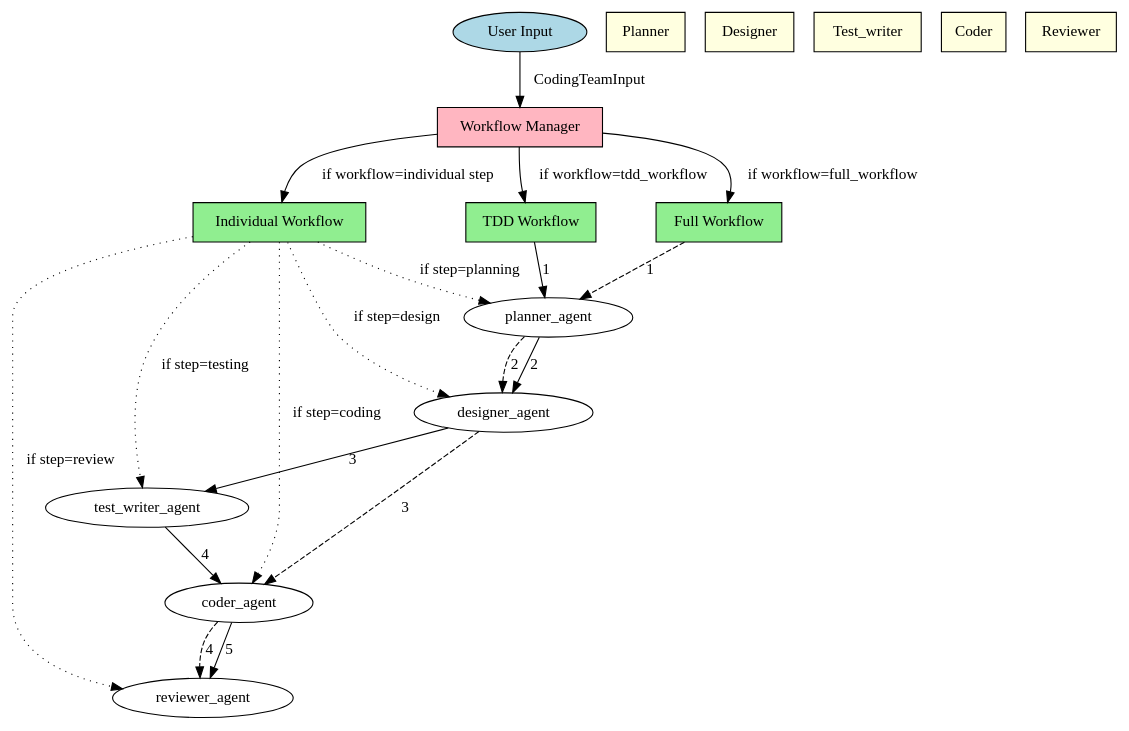
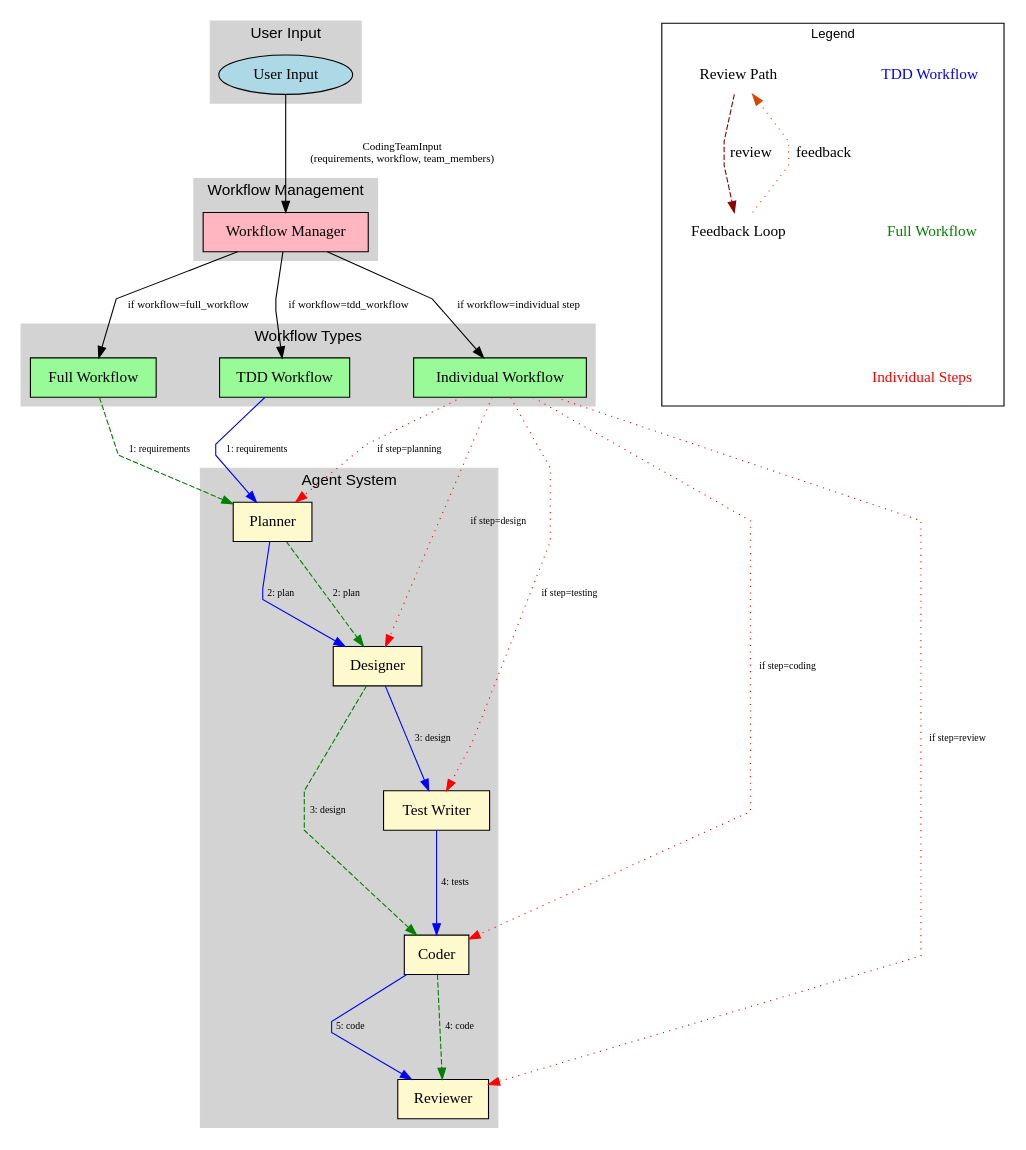
The diagram in docs/workflow_visualizations/workflow_overview.dot (CodeBlackwell/Agent_Blackwell), drawn with Graphviz before and after one commit. The commit also changed 16 other files, not shown here.

```diff
--- a/docs/workflow_visualizations/workflow_overview.dot
+++ b/docs/workflow_visualizations/workflow_overview.dot
@@ -1,31 +1,58 @@
-// Workflow Overview
+// Workflow System Overview
 digraph {
-	input [label="User Input" fillcolor=lightblue shape=ellipse style=filled]
-	workflow_manager [label="Workflow Manager" fillcolor=lightpink shape=box style=filled]
-	tdd [label="TDD Workflow" fillcolor=lightgreen shape=box style=filled]
-	full [label="Full Workflow" fillcolor=lightgreen shape=box style=filled]
-	individual [label="Individual Workflow" fillcolor=lightgreen shape=box style=filled]
-	planner [label=Planner fillcolor=lightyellow shape=box style=filled]
-	designer [label=Designer fillcolor=lightyellow shape=box style=filled]
-	test_writer [label=Test_writer fillcolor=lightyellow shape=box style=filled]
-	coder [label=Coder fillcolor=lightyellow shape=box style=filled]
-	reviewer [label=Reviewer fillcolor=lightyellow shape=box style=filled]
-	input -> workflow_manager [label=CodingTeamInput]
-	workflow_manager -> tdd [label="if workflow=tdd_workflow"]
-	workflow_manager -> full [label="if workflow=full_workflow"]
-	workflow_manager -> individual [label="if workflow=individual step"]
-	tdd -> planner_agent [label=1]
-	planner_agent -> designer_agent [label=2]
-	designer_agent -> test_writer_agent [label=3]
-	test_writer_agent -> coder_agent [label=4]
-	coder_agent -> reviewer_agent [label=5]
-	full -> planner_agent [label=1 style=dashed]
-	planner_agent -> designer_agent [label=2 style=dashed]
-	designer_agent -> coder_agent [label=3 style=dashed]
-	coder_agent -> reviewer_agent [label=4 style=dashed]
-	individual -> planner_agent [label="if step=planning" style=dotted]
-	individual -> designer_agent [label="if step=design" style=dotted]
-	individual -> coder_agent [label="if step=coding" style=dotted]
-	individual -> test_writer_agent [label="if step=testing" style=dotted]
-	individual -> reviewer_agent [label="if step=review" style=dotted]
+	graph [fontname=Arial nodesep=0.8 rankdir=TB ranksep=1.2 splines=polyline]
+	subgraph cluster_input {
+		color=lightgrey label="User Input" style=filled
+		input [label="User Input" fillcolor=lightblue shape=ellipse style=filled]
+	}
+	subgraph cluster_manager {
+		color=lightgrey label="Workflow Management" style=filled
+		workflow_manager [label="Workflow Manager" fillcolor="#FFB6C1" shape=box style=filled]
+	}
+	subgraph cluster_workflows {
+		color=lightgrey label="Workflow Types" style=filled
+		tdd [label="TDD Workflow" fillcolor="#98FB98" shape=box style=filled]
+		full [label="Full Workflow" fillcolor="#98FB98" shape=box style=filled]
+		individual [label="Individual Workflow" fillcolor="#98FB98" shape=box style=filled]
+	}
+	subgraph cluster_agents {
+		color=lightgrey label="Agent System" style=filled
+		planner_agent [label=Planner fillcolor="#FFFACD" shape=box style=filled]
+		designer_agent [label=Designer fillcolor="#FFFACD" shape=box style=filled]
+		test_writer_agent [label="Test Writer" fillcolor="#FFFACD" shape=box style=filled]
+		coder_agent [label=Coder fillcolor="#FFFACD" shape=box style=filled]
+		reviewer_agent [label=Reviewer fillcolor="#FFFACD" shape=box style=filled]
+	}
+	input -> workflow_manager [label="CodingTeamInput
+(requirements, workflow, team_members)" fontsize=10]
+	workflow_manager -> tdd [label="if workflow=tdd_workflow" fontsize=10]
+	workflow_manager -> full [label="if workflow=full_workflow" fontsize=10]
+	workflow_manager -> individual [label="if workflow=individual step" fontsize=10]
+	tdd -> planner_agent [label="1: requirements" color=blue fontsize=9]
+	planner_agent -> designer_agent [label="2: plan" color=blue fontsize=9]
+	designer_agent -> test_writer_agent [label="3: design" color=blue fontsize=9]
+	test_writer_agent -> coder_agent [label="4: tests" color=blue fontsize=9]
+	coder_agent -> reviewer_agent [label="5: code" color=blue fontsize=9]
+	full -> planner_agent [label="1: requirements" color=green fontsize=9 style=dashed]
+	planner_agent -> designer_agent [label="2: plan" color=green fontsize=9 style=dashed]
+	designer_agent -> coder_agent [label="3: design" color=green fontsize=9 style=dashed]
+	coder_agent -> reviewer_agent [label="4: code" color=green fontsize=9 style=dashed]
+	individual -> planner_agent [label="if step=planning" color=red fontsize=9 style=dotted]
+	individual -> designer_agent [label="if step=design" color=red fontsize=9 style=dotted]
+	individual -> test_writer_agent [label="if step=testing" color=red fontsize=9 style=dotted]
+	individual -> coder_agent [label="if step=coding" color=red fontsize=9 style=dotted]
+	individual -> reviewer_agent [label="if step=review" color=red fontsize=9 style=dotted]
+	subgraph cluster_legend {
+		fontsize=12 label=Legend
+		l_tdd [label="TDD Workflow" fontcolor=blue shape=plaintext]
+		l_full [label="Full Workflow" fontcolor=green shape=plaintext]
+		l_ind [label="Individual Steps" fontcolor=red shape=plaintext]
+		l_review [label="Review Path" shape=plaintext]
+		l_feedback [label="Feedback Loop" shape=plaintext]
+		l_review -> l_feedback [label=review color=darkred style=dashed]
+		l_feedback -> l_review [label=feedback color="#DD4400" style=dotted]
+		rank=same
+		l_tdd -> l_full [style=invis]
+		l_full -> l_ind [style=invis]
+	}
 }
```
